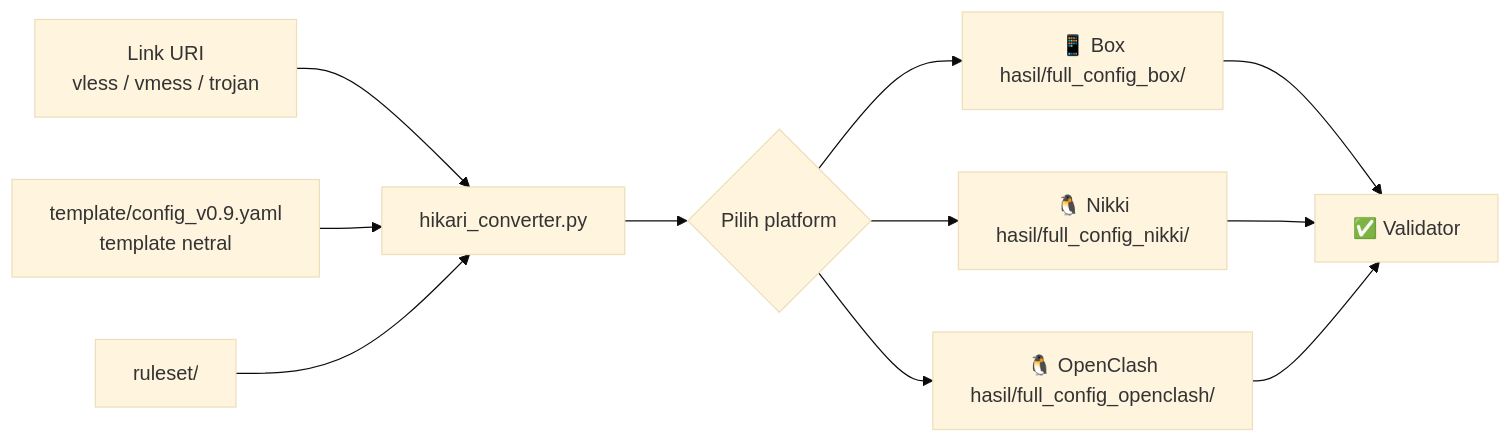
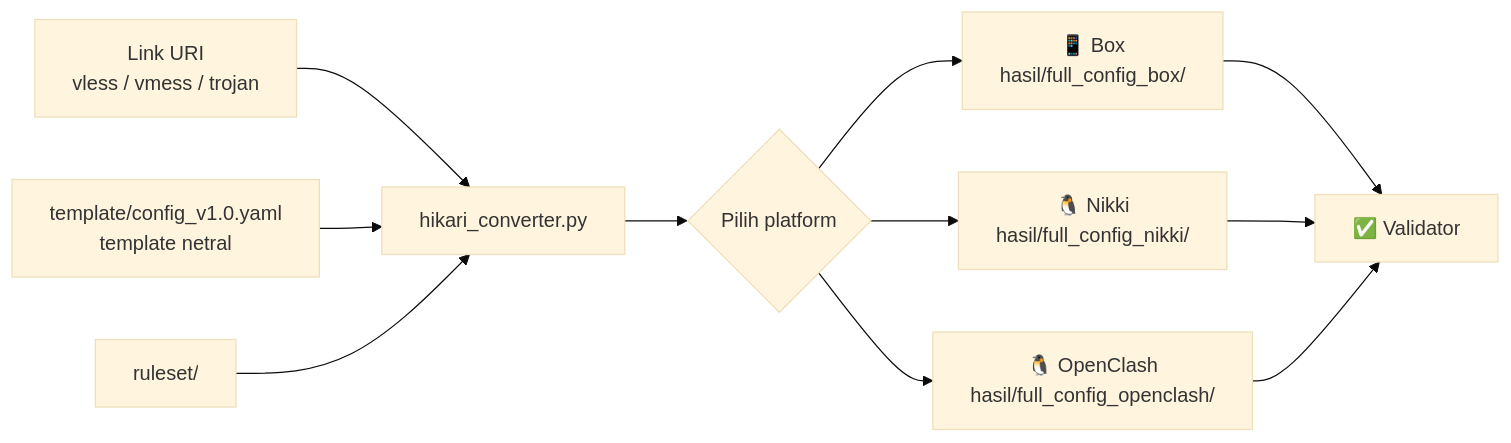
One commit to nexterade/hikari-clash changed the diagram in README.md. Above: the diagram before and after it, drawn with Mermaid (base theme). The commit also changed other lines of this file and 3 other files, not shown here.

````diff
--- a/README.md
+++ b/README.md
@@ -96,13 +96,13 @@
 ```mermaid
 flowchart LR
     A[Link URI<br/>vless / vmess / trojan] --> B[hikari_converter.py]
-    T[template/config_v0.9.yaml<br/>template netral] --> B
+    T[template/config_v1.0.yaml<br/>template netral] --> B
     R[ruleset/] --> B
     B --> P{Pilih platform}
     P --> X[📱 Box<br/>hasil/full_config_box/]
     P --> Y[🐧 Nikki<br/>hasil/full_config_nikki/]
     P --> Z[🐧 OpenClash<br/>hasil/full_config_openclash/]
     X --> V[✅ Validator]
     Y --> V
     Z --> V
 ```
````
